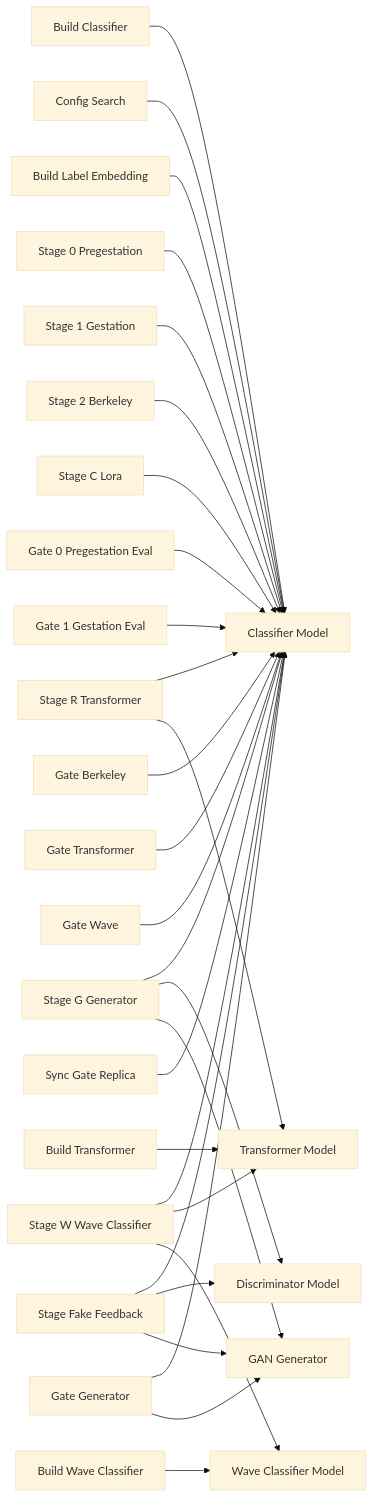
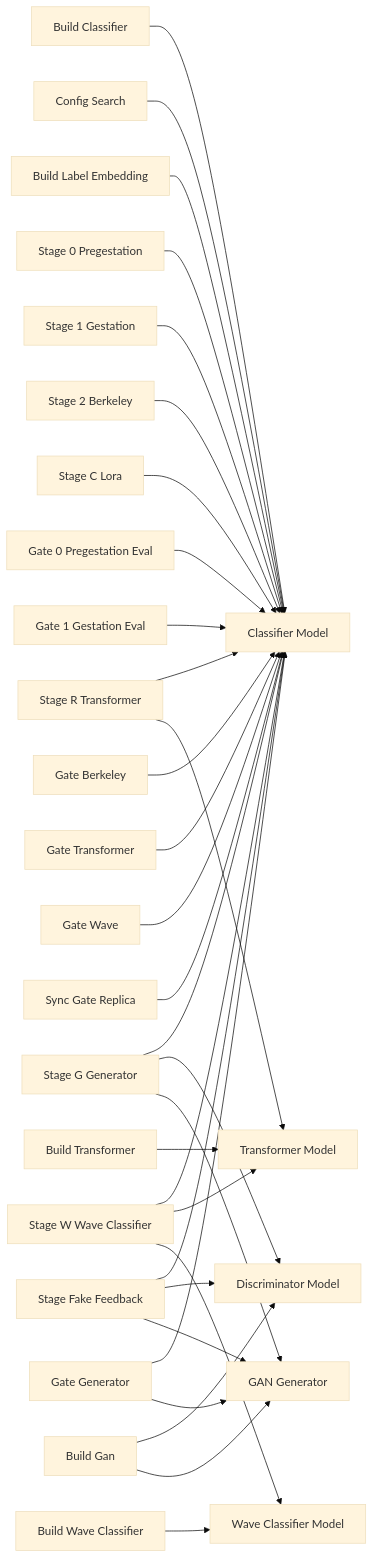
Diagram 12 of 13 in README.md (sangderenard/meta-nn), drawn with Mermaid before and after one commit. The commit also changed other lines of this file and 75 other files, not shown here.

````diff
--- a/README.md
+++ b/README.md
@@ -1889,58 +2021,61 @@
 ```mermaid
 %%{init: {'theme':'base','flowchart':{'curve':'basis','htmlLabels':true}}}%%
 flowchart LR
     model__classifier["Classifier Model"]
     model__discriminator["Discriminator Model"]
     model__generator["GAN Generator"]
     model__transformer["Transformer Model"]
     model__wave_classifier["Wave Classifier Model"]
     build_classifier["Build Classifier"]
     config_search["Config Search"]
     build_label_embedding["Build Label Embedding"]
     stage_0_pregestation["Stage 0 Pregestation"]
     stage_1_gestation["Stage 1 Gestation"]
     stage_2_berkeley["Stage 2 Berkeley"]
     stage_r_transformer["Stage R Transformer"]
     stage_g_generator["Stage G Generator"]
     stage_w_wave_classifier["Stage W Wave Classifier"]
     stage_c_lora["Stage C Lora"]
     stage_fake_feedback["Stage Fake Feedback"]
     gate_0_pregestation_eval["Gate 0 Pregestation Eval"]
     gate_1_gestation_eval["Gate 1 Gestation Eval"]
     gate_berkeley["Gate Berkeley"]
     gate_transformer["Gate Transformer"]
     gate_generator["Gate Generator"]
     gate_wave["Gate Wave"]
     sync_gate_replica["Sync Gate Replica"]
+    build_gan["Build Gan"]
     build_transformer["Build Transformer"]
     build_wave_classifier["Build Wave Classifier"]
 
     build_classifier --> model__classifier
     config_search --> model__classifier
     build_label_embedding --> model__classifier
     stage_0_pregestation --> model__classifier
     stage_1_gestation --> model__classifier
     stage_2_berkeley --> model__classifier
     stage_r_transformer --> model__classifier
     stage_g_generator --> model__classifier
     stage_w_wave_classifier --> model__classifier
     stage_c_lora --> model__classifier
     stage_fake_feedback --> model__classifier
     gate_0_pregestation_eval --> model__classifier
     gate_1_gestation_eval --> model__classifier
     gate_berkeley --> model__classifier
     gate_transformer --> model__classifier
     gate_generator --> model__classifier
     gate_wave --> model__classifier
     sync_gate_replica --> model__classifier
+    build_gan --> model__discriminator
     stage_g_generator --> model__discriminator
     stage_fake_feedback --> model__discriminator
+    build_gan --> model__generator
     stage_g_generator --> model__generator
     stage_fake_feedback --> model__generator
     gate_generator --> model__generator
     build_transformer --> model__transformer
     stage_r_transformer --> model__transformer
     stage_w_wave_classifier --> model__transformer
     build_wave_classifier --> model__wave_classifier
     stage_w_wave_classifier --> model__wave_classifier
 ```
````
